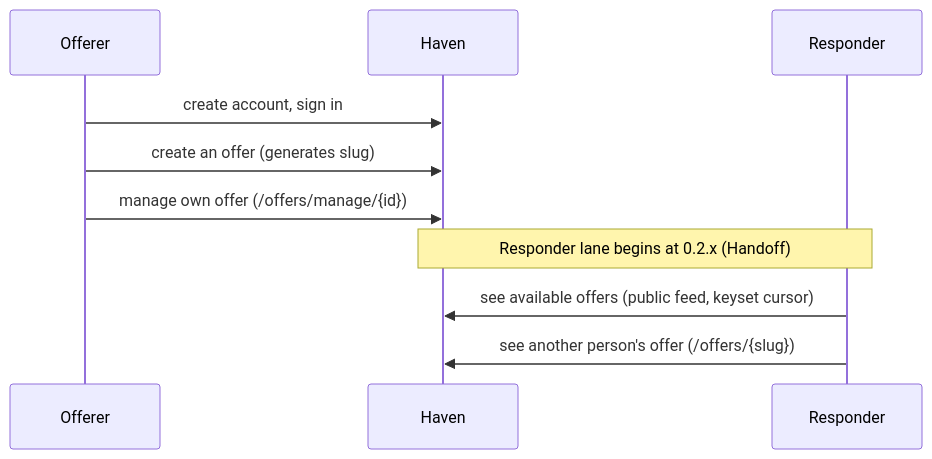
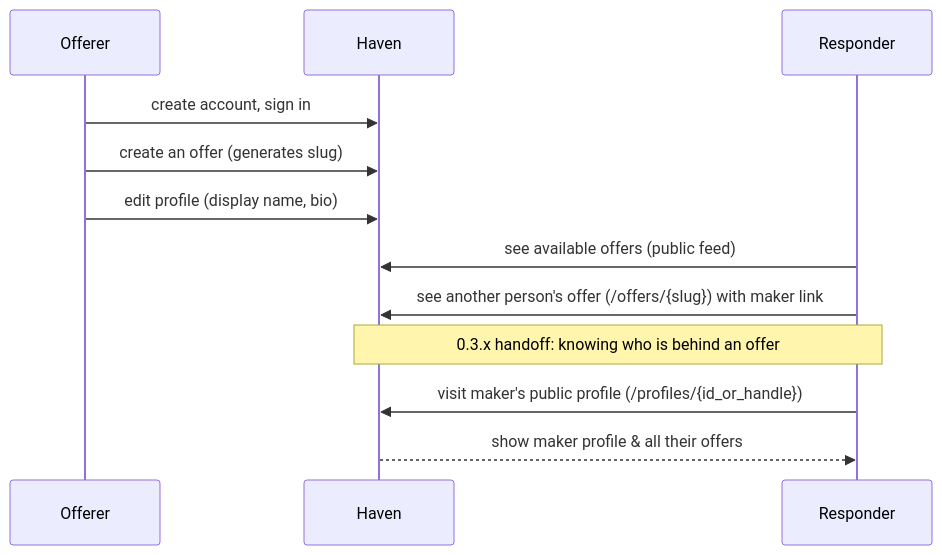
Before and after one commit to Phastboy/haven: the diagram in docs/JOURNEY.md, drawn with Mermaid. The commit also changed other lines of this file, not shown here.

````diff
--- a/docs/JOURNEY.md
+++ b/docs/JOURNEY.md
@@ -22,12 +23,14 @@
 ```mermaid
 sequenceDiagram
   participant O as Offerer
   participant H as Haven
   participant R as Responder
   O->>H: create account, sign in
   O->>H: create an offer (generates slug)
-  O->>H: manage own offer (/offers/manage/{id})
-  Note over R,H: Responder lane begins at 0.2.x (Handoff)
-  R->>H: see available offers (public feed, keyset cursor)
-  R->>H: see another person's offer (/offers/{slug})
+  O->>H: edit profile (display name, bio)
+  R->>H: see available offers (public feed)
+  R->>H: see another person's offer (/offers/{slug}) with maker link
+  Note over R,H: 0.3.x handoff: knowing who is behind an offer
+  R->>H: visit maker's public profile (/profiles/{id_or_handle})
+  H-->>R: show maker profile & all their offers
 ```
````
